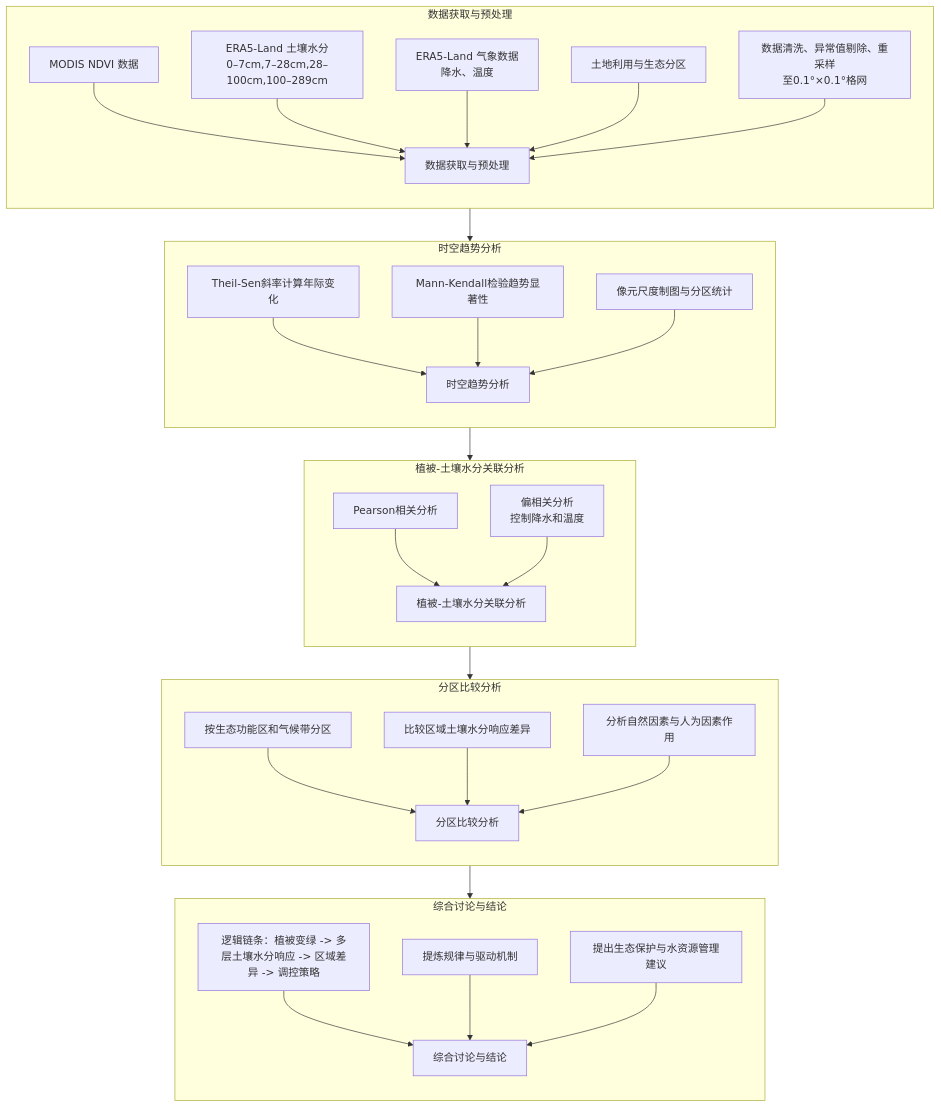
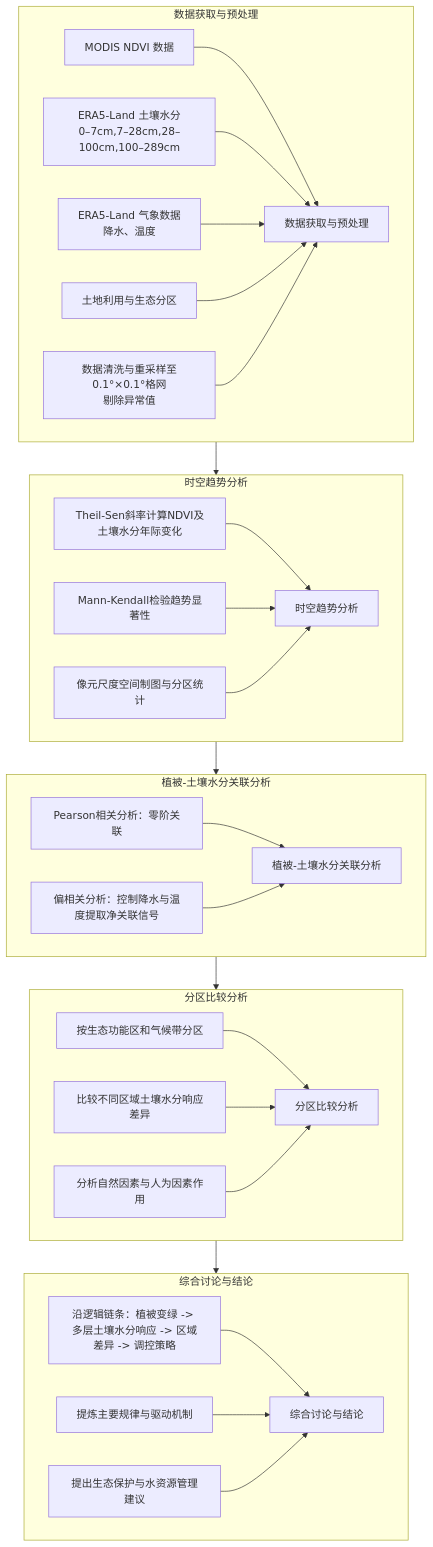
Before and after one commit to xiaoguangrui21-lang/-: the diagram in 技术路线流程图.md, drawn with Mermaid.

````diff
--- a/技术路线流程图.md
+++ b/技术路线流程图.md
@@ -1,58 +1,51 @@
 ```mermaid
-flowchart TD
-    %% 设置全局方向和字体
-    %% 从左到右布局，便于单页展示
-    %% 采用缩短文字与分组方法压缩页幅
-    %% 主流程
-    direction LR
+flowchart TB
+    %% 自上而下布局，节点紧凑、一页显示
 
-    A[数据获取与预处理] --> B[时空趋势分析]
-    B --> C[植被-土壤水分关联分析]
-    C --> D[分区比较分析]
-    D --> E[综合讨论与结论]
+    %% 核心流程
+    A[数据获取与预处理] --> B[时空趋势分析] --> C[植被-土壤水分关联分析] --> D[分区比较分析] --> E[综合讨论与结论]
 
-    %% 数据获取与预处理
+    %% 数据获取与预处理子步骤
     subgraph 数据获取与预处理
-        direction TB
+        direction LR
         A1[MODIS NDVI 数据] --> A
         A2[ERA5-Land 土壤水分
 0–7cm,7–28cm,28–100cm,100–289cm] --> A
         A3[ERA5-Land 气象数据
 降水、温度] --> A
         A4[土地利用与生态分区] --> A
-        A5[数据清洗、异常值剔除、重采样
-至0.1°×0.1°格网] --> A
+        A5[数据清洗与重采样至0.1°×0.1°格网
+剔除异常值] --> A
     end
 
-    %% 时空趋势分析
+    %% 时空趋势分析子步骤
     subgraph 时空趋势分析
-        direction TB
-        B1[Theil-Sen斜率计算年际变化] --> B
+        direction LR
+        B1[Theil-Sen斜率计算NDVI及土壤水分年际变化] --> B
         B2[Mann-Kendall检验趋势显著性] --> B
-        B3[像元尺度制图与分区统计] --> B
+        B3[像元尺度空间制图与分区统计] --> B
     end
 
-    %% 植被-土壤水分关联分析
+    %% 植被-土壤水分关联分析子步骤
     subgraph 植被-土壤水分关联分析
-        direction TB
-        C1[Pearson相关分析] --> C
-        C2[偏相关分析
-控制降水和温度] --> C
+        direction LR
+        C1[Pearson相关分析：零阶关联] --> C
+        C2[偏相关分析：控制降水与温度提取净关联信号] --> C
     end
 
-    %% 分区比较分析
+    %% 分区比较分析子步骤
     subgraph 分区比较分析
-        direction TB
+        direction LR
         D1[按生态功能区和气候带分区] --> D
-        D2[比较区域土壤水分响应差异] --> D
+        D2[比较不同区域土壤水分响应差异] --> D
         D3[分析自然因素与人为因素作用] --> D
     end
 
-    %% 综合讨论与结论
+    %% 综合讨论与结论子步骤
     subgraph 综合讨论与结论
-        direction TB
-        E1[逻辑链条：植被变绿 -> 多层土壤水分响应 -> 区域差异 -> 调控策略] --> E
-        E2[提炼规律与驱动机制] --> E
+        direction LR
+        E1[沿逻辑链条：植被变绿 -> 多层土壤水分响应 -> 区域差异 -> 调控策略] --> E
+        E2[提炼主要规律与驱动机制] --> E
         E3[提出生态保护与水资源管理建议] --> E
     end
 ```
````
